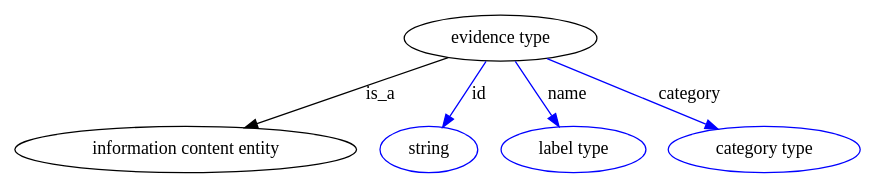
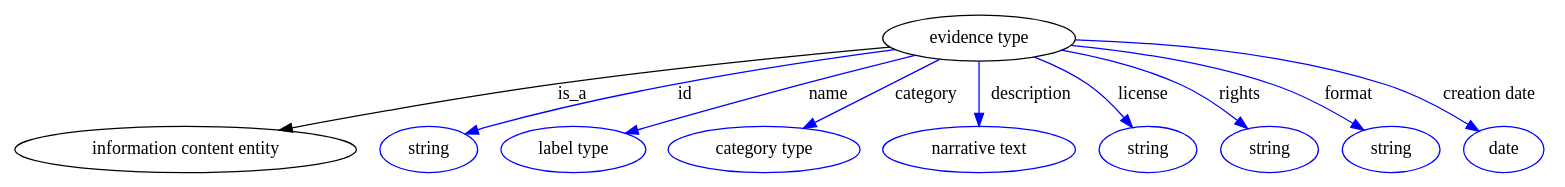
Before and after one commit to biolink/biolink-model: the diagram in graphviz/evidence_type.gv, drawn with Graphviz. The commit also changed 182 other files, not shown here.

```diff
--- a/graphviz/evidence_type.gv
+++ b/graphviz/evidence_type.gv
@@ -1,44 +1,94 @@
 digraph {
-	graph [bb="0,0,529.84,123"];
+	graph [bb="0,0,972.34,123"];
 	node [label="\N"];
 	"evidence type"	 [height=0.5,
 		label="evidence type",
-		pos="302.34,105",
+		pos="605.34,105",
 		width=1.661];
 	"information content entity"	 [height=0.5,
 		pos="103.34,18",
 		width=2.8706];
 	"evidence type" -> "information content entity"	 [label=is_a,
-		lp="226.34,61.5",
-		pos="e,141.86,34.841 268.13,90.044 235.9,75.951 187.29,54.702 151.21,38.929"];
+		lp="347.34,61.5",
+		pos="e,163.9,32.693 548.97,98.827 494.4,92.528 409.43,81.867 336.34,69 281.44,59.335 219.85,45.731 173.78,35.005"];
 	id	 [color=blue,
 		height=0.5,
 		label=string,
 		pos="255.34,18",
 		width=0.84854];
 	"evidence type" -> id	 [color=blue,
 		label=id,
-		lp="287.84,61.5",
-		pos="e,264.75,35.41 292.6,86.974 285.96,74.68 277.06,58.196 269.62,44.425",
+		lp="418.84,61.5",
+		pos="e,279.14,29.643 552.32,96.673 489.86,86.071 383.43,65.517 295.34,36 293.09,35.245 290.79,34.406 288.49,33.515",
 		style=solid];
 	name	 [color=blue,
 		height=0.5,
 		label="label type",
 		pos="349.34,18",
 		width=1.2638];
 	"evidence type" -> name	 [color=blue,
 		label=name,
-		lp="344.84,61.5",
-		pos="e,339.78,35.706 312.08,86.974 318.68,74.761 327.51,58.412 334.92,44.697",
+		lp="510.84,61.5",
+		pos="e,383.2,30.041 564.27,91.772 543.57,85.049 518.09,76.694 495.34,69 460.72,57.29 421.64,43.615 392.63,33.374",
 		style=solid];
 	category	 [color=blue,
 		height=0.5,
 		label="category type",
 		pos="471.34,18",
 		width=1.6249];
 	"evidence type" -> category	 [color=blue,
 		label=category,
-		lp="420.84,61.5",
-		pos="e,441.1,33.566 332.55,89.446 360.35,75.139 401.72,53.839 432.07,38.217",
+		lp="570.84,61.5",
+		pos="e,496.43,34.291 580.14,88.636 558.89,74.844 528.32,54.992 504.98,39.844",
+		style=solid];
+	description	 [color=blue,
+		height=0.5,
+		label="narrative text",
+		pos="605.34,18",
+		width=1.6068];
+	"evidence type" -> description	 [color=blue,
+		label=description,
+		lp="635.84,61.5",
+		pos="e,605.34,36.003 605.34,86.974 605.34,75.192 605.34,59.561 605.34,46.158",
+		style=solid];
+	license	 [color=blue,
+		height=0.5,
+		label=string,
+		pos="711.34,18",
+		width=0.84854];
+	"evidence type" -> license	 [color=blue,
+		label=license,
+		lp="704.34,61.5",
+		pos="e,700.22,35.029 638.34,89.915 649.12,84.179 660.77,77.058 670.34,69 679.17,61.57 687.44,52.01 694.21,43.179",
+		style=solid];
+	rights	 [color=blue,
+		height=0.5,
+		label=string,
+		pos="790.34,18",
+		width=0.84854];
+	"evidence type" -> rights	 [color=blue,
+		label=rights,
+		lp="765.84,61.5",
+		pos="e,774.77,33.568 655.14,95.016 677.96,89.276 704.86,80.811 727.34,69 741.68,61.469 755.85,50.404 767.12,40.504",
+		style=solid];
+	format	 [color=blue,
+		height=0.5,
+		label=string,
+		pos="869.34,18",
+		width=0.84854];
+	"evidence type" -> format	 [color=blue,
+		label=format,
+		lp="833.84,61.5",
+		pos="e,850.33,32.212 661.91,98.828 698.1,93.64 745.55,84.503 785.34,69 805.46,61.161 826.22,48.608 842.06,37.918",
+		style=solid];
+	"creation date"	 [color=blue,
+		height=0.5,
+		label=date,
+		pos="945.34,18",
+		width=0.75];
+	"evidence type" -> "creation date"	 [color=blue,
+		label="creation date",
+		lp="924.34,61.5",
+		pos="e,926.9,31.357 662.37,99.339 725.07,92.671 821.53,80.978 856.34,69 878.57,61.352 901.53,48.033 918.57,36.924",
 		style=solid];
 }
```
